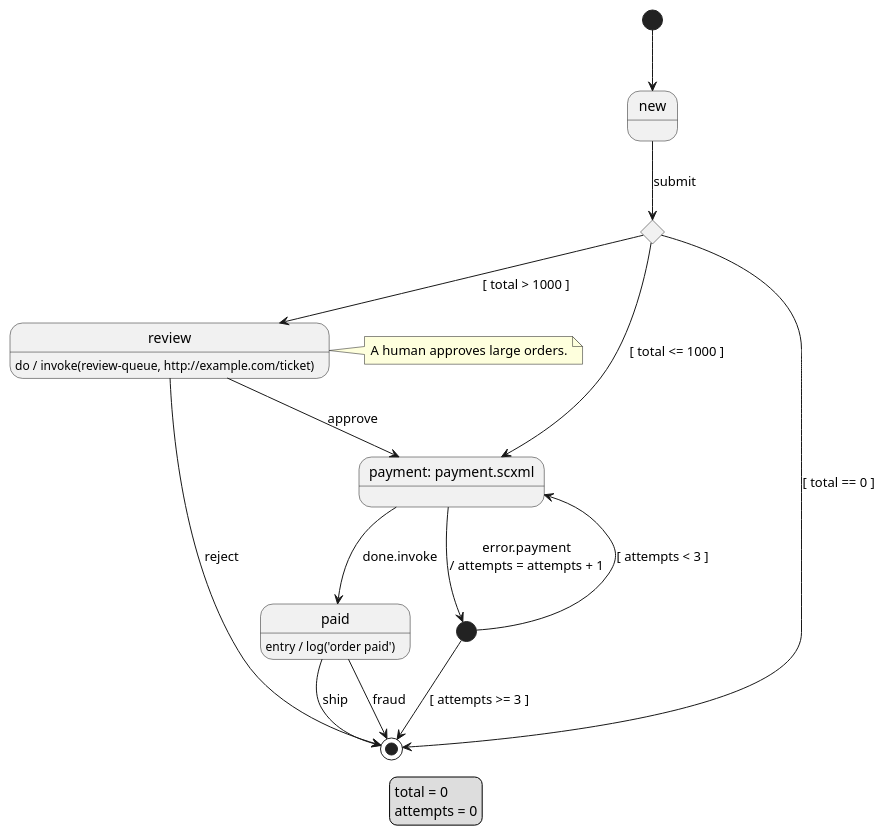
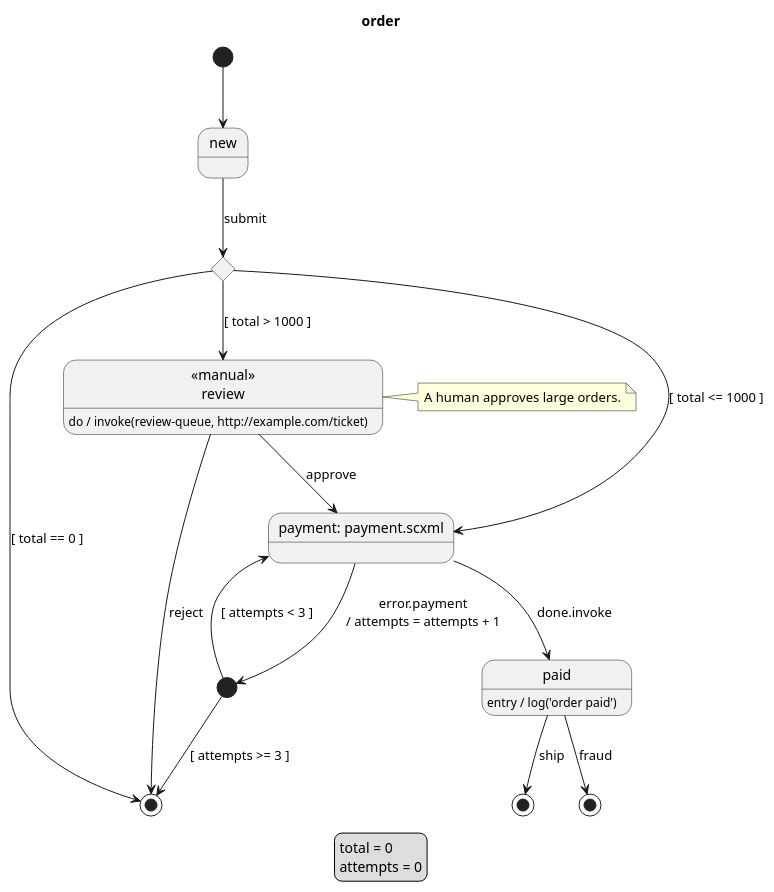
The diagram in example/order.puml (vincedupuis/transplantUML), drawn with PlantUML before and after one commit. The commit also changed 10 other files, not shown here.

First line of the commit message:
Rewrite the PlantUML template to draw everything the model holds

```diff
--- a/example/order.puml
+++ b/example/order.puml
@@ -1,28 +1,32 @@
 @startuml
+title order
 legend
     total = 0
     attempts = 0
 endlegend
 [*] --> new
 state new
 state check <<choice>>
-state review <<manual>>
+state "«manual»\nreview" as review <<manual>>
 review : do / invoke(review-queue, http://example.com/ticket)
 note right of review : A human approves large orders.
 state "payment: payment.scxml" as payment
 state retry <<start>>
 state paid
 paid : entry / log('order paid')
+state shipped <<end>>
+state rejected <<end>>
+state killed <<end>>
 new --> check: submit
-check --> [*]: [ total == 0 ]
+check --> rejected: [ total == 0 ]
 check --> review: [ total > 1000 ]
 check --> payment: [ total <= 1000 ]
 review --> payment: approve
-review --> [*]: reject
+review --> rejected: reject
 payment --> paid: done.invoke
 payment --> retry: error.payment\n/ attempts = attempts + 1
 retry --> payment: [ attempts < 3 ]
-retry --> [*]: [ attempts >= 3 ]
-paid --> [*]: ship
-paid --> [*]: fraud
+retry --> rejected: [ attempts >= 3 ]
+paid --> shipped: ship
+paid --> killed: fraud
 @enduml
```
